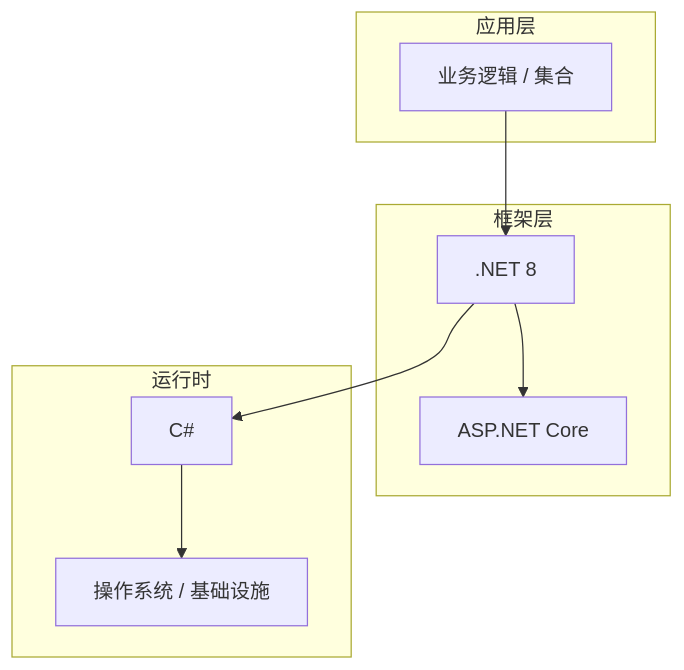
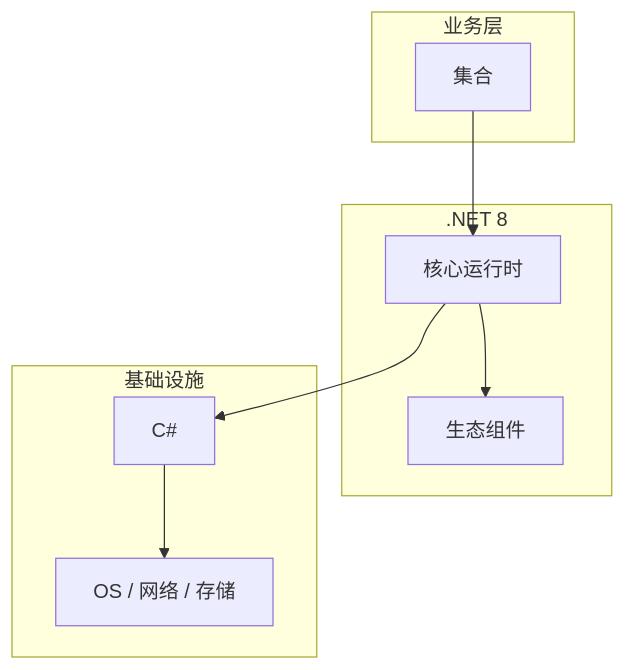
Before and after one commit to yanggan2015/knowledge-json-v2: the diagram in articles/C#/chapters/064-集合核心概念与原理.md, drawn with Mermaid. The commit also changed other lines of this file and 10127 other files, not shown here.

````diff
--- a/articles/C#/chapters/064-集合核心概念与原理.md
+++ b/articles/C#/chapters/064-集合核心概念与原理.md
@@ -45,18 +34,18 @@
 ```mermaid
 graph TB
-    subgraph 应用层
-        A[业务逻辑 / 集合]
+    subgraph 业务层
+        A[集合]
     end
-    subgraph 框架层
-        B[.NET 8]
-        C[ASP.NET Core]
+    subgraph .NET 8
+        B[核心运行时]
+        C[生态组件]
     end
-    subgraph 运行时
+    subgraph 基础设施
         D[C#]
-        E[操作系统 / 基础设施]
+        E[OS / 网络 / 存储]
     end
     A --> B
     B --> C
     B --> D
     D --> E
 ```
````
